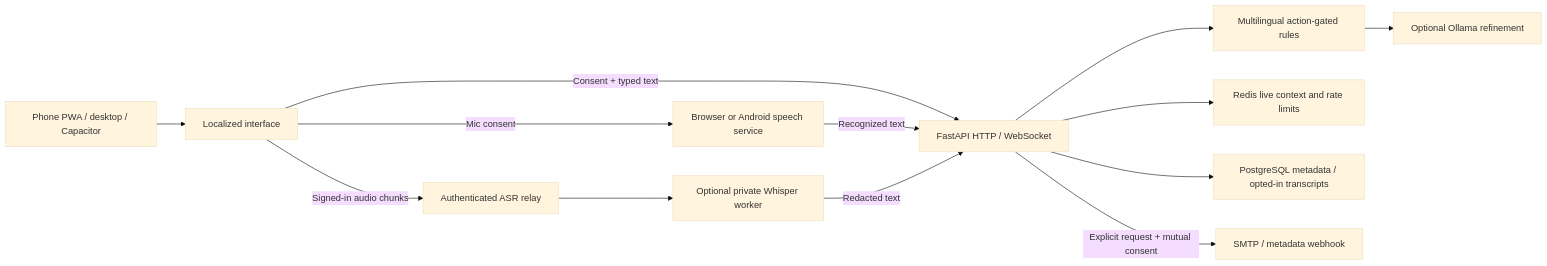
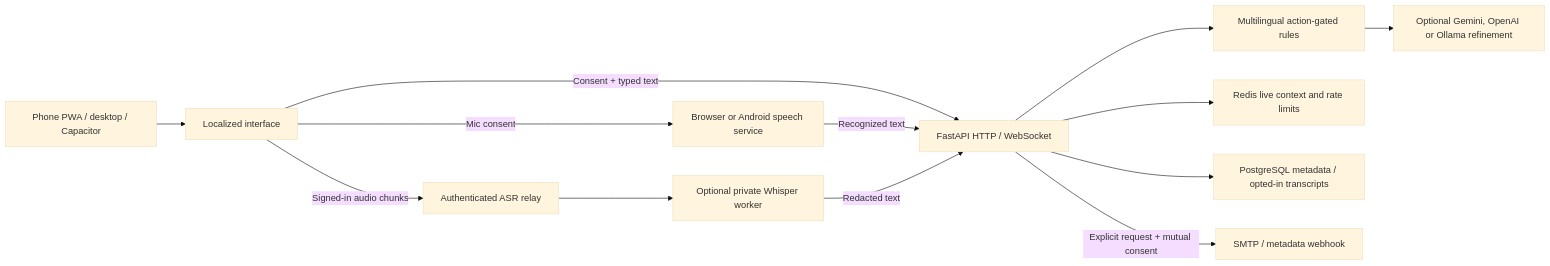
One commit to venkatavarshith999/catchy-ai changed the diagram in docs/ARCHITECTURE.md. Above: the diagram before and after it, drawn with Mermaid (base theme). The commit also changed 76 other files, not shown here.

````diff
--- a/docs/ARCHITECTURE.md
+++ b/docs/ARCHITECTURE.md
@@ -3,15 +3,15 @@
 ```mermaid
 flowchart LR
     User[Phone PWA / desktop / Capacitor] --> UI[Localized interface]
     UI -->|Consent + typed text| API[FastAPI HTTP / WebSocket]
     UI -->|Mic consent| Speech[Browser or Android speech service]
     Speech -->|Recognized text| API
     UI -->|Signed-in audio chunks| Relay[Authenticated ASR relay]
     Relay --> Whisper[Optional private Whisper worker]
     Whisper -->|Redacted text| API
     API --> Rules[Multilingual action-gated rules]
-    Rules --> LLM[Optional Ollama refinement]
+    Rules --> LLM[Optional Gemini, OpenAI or Ollama refinement]
     API --> Redis[Redis live context and rate limits]
     API --> DB[PostgreSQL metadata / opted-in transcripts]
     API -->|Explicit request + mutual consent| Alerts[SMTP / metadata webhook]
 ```
````
